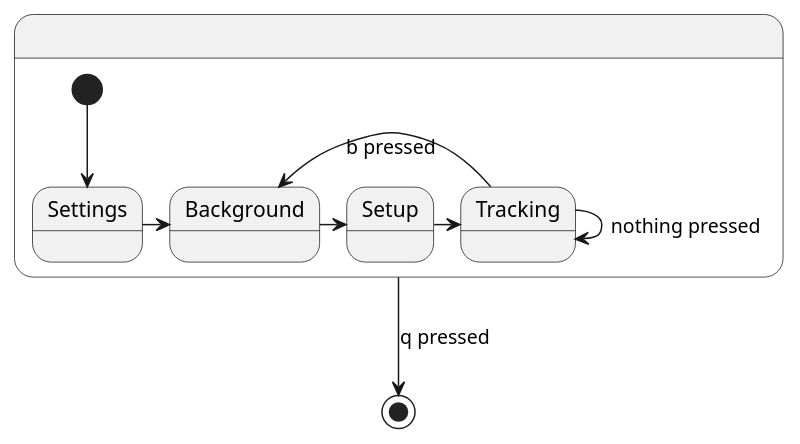
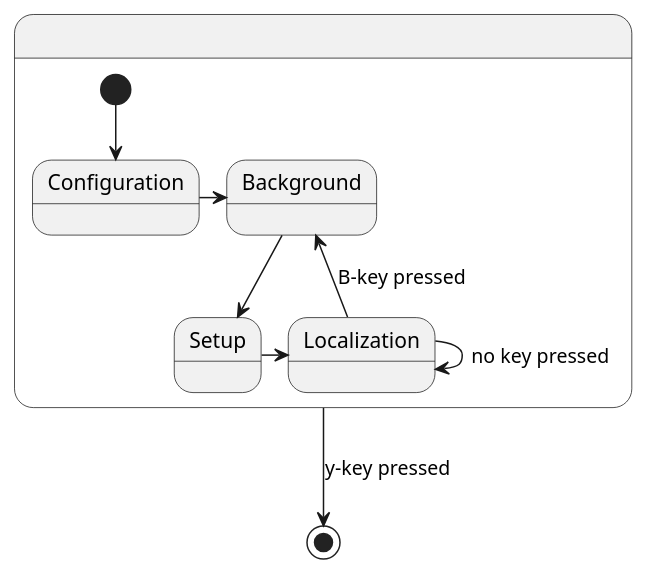
One commit to NewTec-GmbH/SpaceShipRadar changed the diagram in doc/uml/state.puml. Above: the diagram before and after it, drawn with PlantUML.

Commit message:
updated state puml

```diff
--- a/doc/uml/state.puml
+++ b/doc/uml/state.puml
@@ -1,19 +1,20 @@
 @startuml state
+' skinparam monochrome true
 
 state .{
+state Configuration
+state Background
 state Setup
-state Tracking
-state Settings
-state Background
+state Localization
 
-[*] --> Settings
-Settings -> Background
-Background -> Setup
-Setup -> Tracking
-Tracking -> Tracking : nothing pressed
-Tracking -> Background : b pressed
+[*] --> Configuration
+Configuration -> Background
+Background --> Setup
+Setup -> Localization
+Localization -> Background : B-key pressed
+Localization -> Localization : no key pressed
 }
 
-. --> [*] : q pressed
+. --> [*] : y-key pressed
 
 @enduml
```
